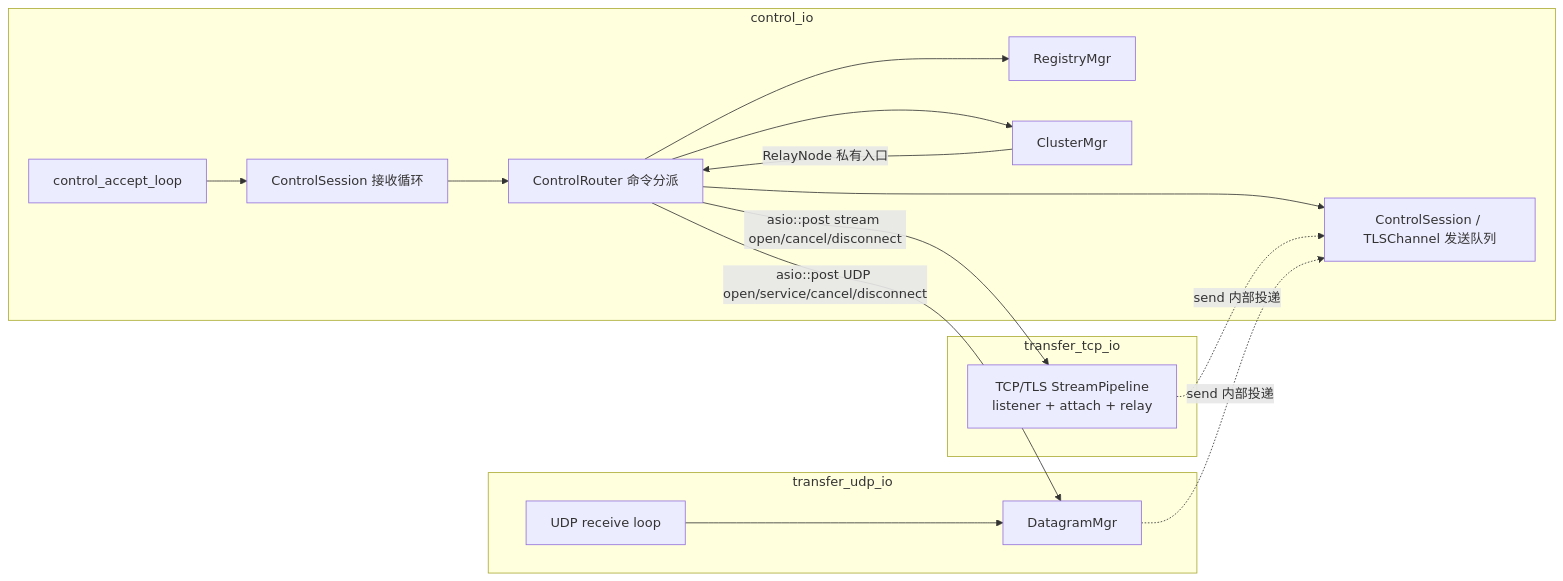
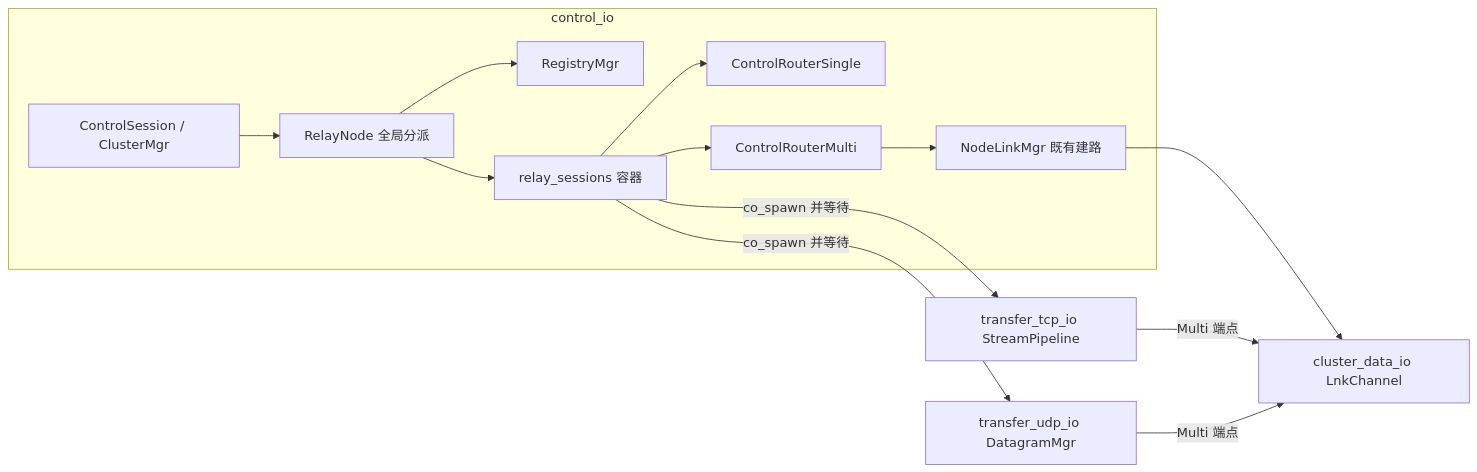
One commit to Xtinc/relayweave changed the fifth of 12 diagrams in docs/RelayWeave设计.md. Above: the diagram before and after it, drawn with Mermaid. The commit also changed other lines of this file and 54 other files, not shown here.

````diff
--- a/docs/RelayWeave设计.md
+++ b/docs/RelayWeave设计.md
@@ -503,25 +449,16 @@
 ```mermaid
 flowchart LR
     subgraph C[control_io]
-        CA[control_accept_loop] --> CS[ControlSession 接收循环]
-        CS --> CR[ControlRouter 命令分派]
-        CR --> RG[RegistryMgr]
-        CR --> CM[ClusterMgr]
-        CM -->|RelayNode 私有入口| CR
-        CO[ControlSession / TLSChannel 发送队列]
+        CS[ControlSession / ClusterMgr] --> RN[RelayNode 全局分派]
+        RN --> REG[RegistryMgr]
+        RN --> RS[relay_sessions 容器]
+        RS --> S[ControlRouterSingle]
+        RS --> M[ControlRouterMulti]
+        M --> NL[NodeLinkMgr 既有建路]
     end
-
-    subgraph T[transfer_tcp_io]
-        PM[TCP/TLS StreamPipeline<br/>listener + attach + relay]
-    end
-
-    subgraph U[transfer_udp_io]
-        UR[UDP receive loop] --> DM[DatagramMgr]
-    end
-
-    CR -->|asio::post stream open/cancel/disconnect| PM
-    CR -->|asio::post UDP open/service/cancel/disconnect| DM
-    CR --> CO
-    PM -.->|send 内部投递| CO
-    DM -.->|send 内部投递| CO
+    RS -->|co_spawn 并等待| TCP[transfer_tcp_io StreamPipeline]
+    RS -->|co_spawn 并等待| UDP[transfer_udp_io DatagramMgr]
+    NL --> CD[cluster_data_io LnkChannel]
+    TCP -->|Multi 端点| CD
+    UDP -->|Multi 端点| CD
 ```
````
